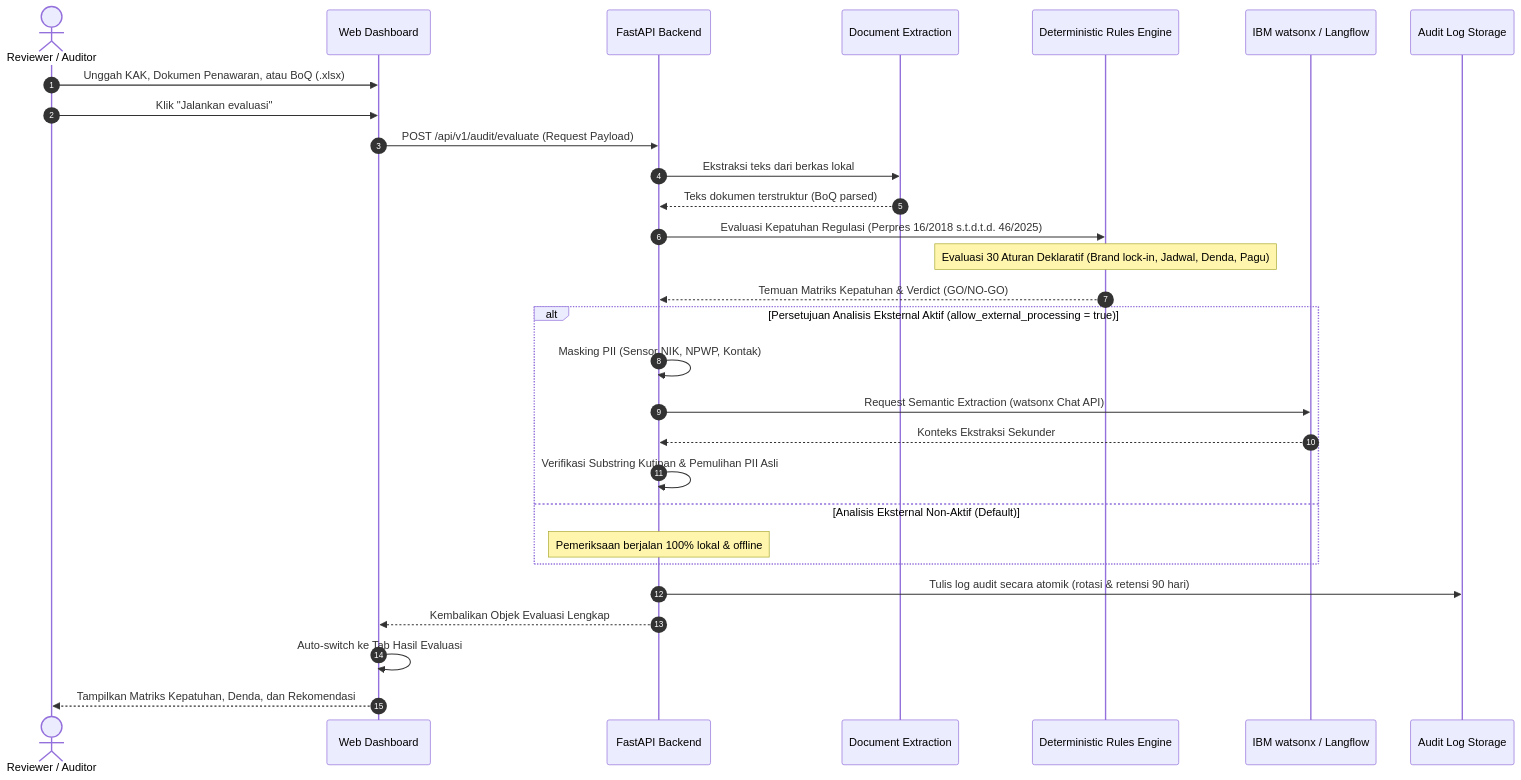
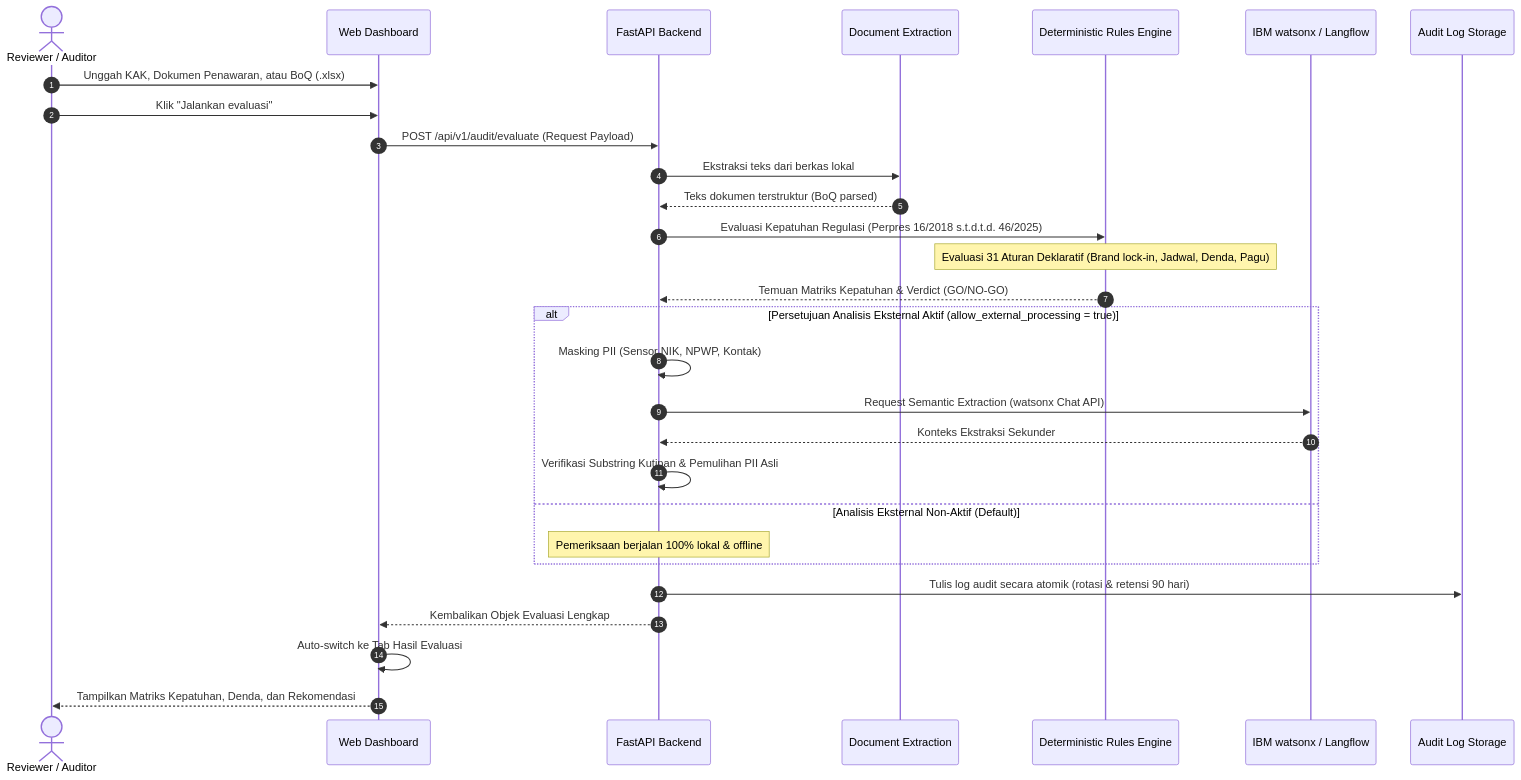
One commit to pashafachir-tech/BidSentry changed the second of 2 diagrams in docs/ARCHITECTURE.md. Above: the diagram before and after it, drawn with Mermaid. The commit also changed other lines of this file and 23 other files, not shown here.

````diff
--- a/docs/ARCHITECTURE.md
+++ b/docs/ARCHITECTURE.md
@@ -53,36 +53,36 @@
 ```mermaid
 sequenceDiagram
     autonumber
     actor Reviewer as Reviewer / Auditor
     participant Web as Web Dashboard
     participant API as FastAPI Backend
     participant DocSvc as Document Extraction
     participant Engine as Deterministic Rules Engine
     participant watsonx as IBM watsonx / Langflow
     participant Storage as Audit Log Storage
 
     Reviewer->>Web: Unggah KAK, Dokumen Penawaran, atau BoQ (.xlsx)
     Reviewer->>Web: Klik "Jalankan evaluasi"
     Web->>API: POST /api/v1/audit/evaluate (Request Payload)
 
     API->>DocSvc: Ekstraksi teks dari berkas lokal
     DocSvc-->>API: Teks dokumen terstruktur (BoQ parsed)
 
     API->>Engine: Evaluasi Kepatuhan Regulasi (Perpres 16/2018 s.t.d.t.d. 46/2025)
-    Note over Engine: Evaluasi 30 Aturan Deklaratif (Brand lock-in, Jadwal, Denda, Pagu)
+    Note over Engine: Evaluasi 31 Aturan Deklaratif (Brand lock-in, Jadwal, Denda, Pagu)
     Engine-->>API: Temuan Matriks Kepatuhan & Verdict (GO/NO-GO)
 
     alt Persetujuan Analisis Eksternal Aktif (allow_external_processing = true)
         API->>API: Masking PII (Sensor NIK, NPWP, Kontak)
         API->>watsonx: Request Semantic Extraction (watsonx Chat API)
         watsonx-->>API: Konteks Ekstraksi Sekunder
         API->>API: Verifikasi Substring Kutipan & Pemulihan PII Asli
     else Analisis Eksternal Non-Aktif (Default)
         Note over API: Pemeriksaan berjalan 100% lokal & offline
     end
 
     API->>Storage: Tulis log audit secara atomik (rotasi & retensi 90 hari)
     API-->>Web: Kembalikan Objek Evaluasi Lengkap
     Web->>Web: Auto-switch ke Tab Hasil Evaluasi
     Web-->>Reviewer: Tampilkan Matriks Kepatuhan, Denda, dan Rekomendasi
 ```
````
